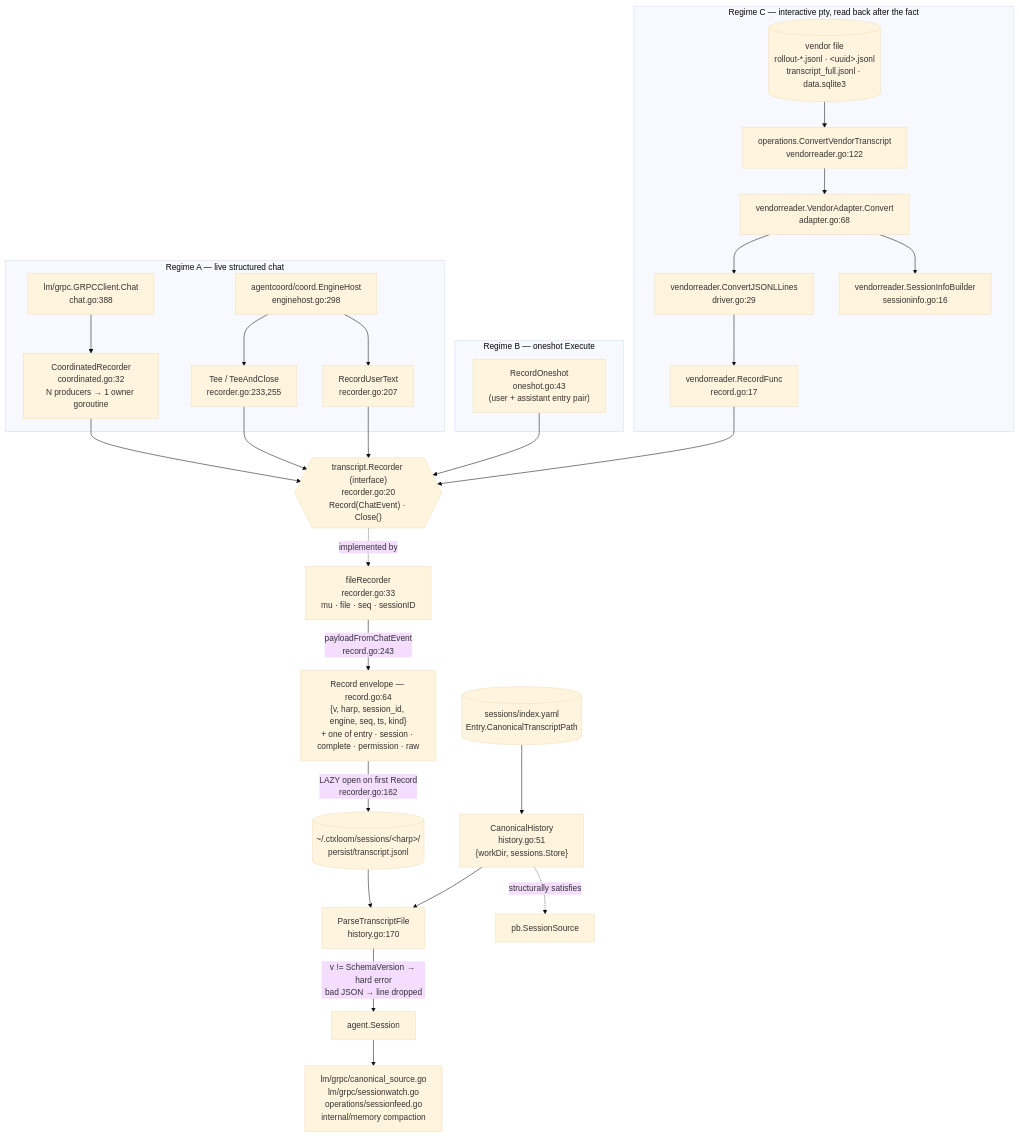
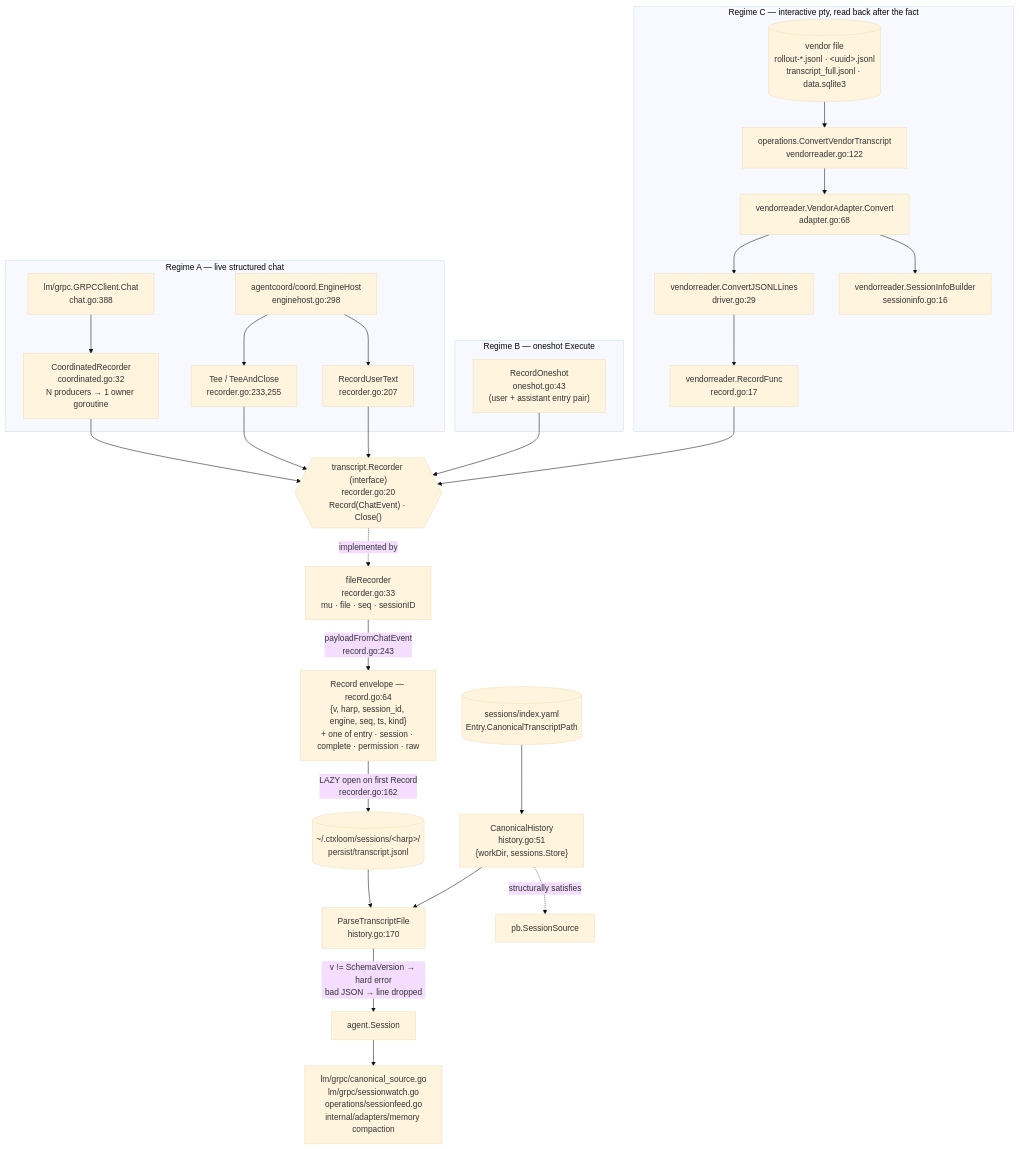
One commit to ctxloom/ctxloom changed the first of 2 diagrams in docs/architecture/companions/transcript.md. Above: the diagram before and after it, drawn with Mermaid (base theme). The commit also changed other lines of this file and 2489 other files, not shown here.

First line of the commit message:
refactor(arch): move the adapters ring into internal/adapters

````diff
--- a/docs/architecture/companions/transcript.md
+++ b/docs/architecture/companions/transcript.md
@@ -23,47 +23,47 @@
 ```mermaid
 flowchart TD
     subgraph live["Regime A — live structured chat"]
       GC["lm/grpc.GRPCClient.Chat<br/>chat.go:388"]
       EH["agentcoord/coord.EngineHost<br/>enginehost.go:298"]
       CR["CoordinatedRecorder<br/>coordinated.go:32<br/>N producers → 1 owner goroutine"]
       TEE["Tee / TeeAndClose<br/>recorder.go:233,255"]
       RUT["RecordUserText<br/>recorder.go:207"]
     end
 
     subgraph oneshot["Regime B — oneshot Execute"]
       RO["RecordOneshot<br/>oneshot.go:43<br/>(user + assistant entry pair)"]
     end
 
     subgraph vendor["Regime C — interactive pty, read back after the fact"]
       VF[("vendor file<br/>rollout-*.jsonl · &lt;uuid&gt;.jsonl<br/>transcript_full.jsonl · data.sqlite3")]
       CVT["operations.ConvertVendorTranscript<br/>vendorreader.go:122"]
       VA["vendorreader.VendorAdapter.Convert<br/>adapter.go:68"]
       DRV["vendorreader.ConvertJSONLLines<br/>driver.go:29"]
       SIB["vendorreader.SessionInfoBuilder<br/>sessioninfo.go:16"]
       RF["vendorreader.RecordFunc<br/>record.go:17"]
     end
 
     GC --> CR
     EH --> TEE
     EH --> RUT
     CR --> RECI
     TEE --> RECI
     RUT --> RECI
     RO --> RECI
     VF --> CVT --> VA --> DRV
     VA --> SIB
     DRV --> RF --> RECI
 
     RECI{{"transcript.Recorder (interface)<br/>recorder.go:20<br/>Record(ChatEvent) · Close()"}}
     RECI -.implemented by.-> FR["fileRecorder<br/>recorder.go:33<br/>mu · file · seq · sessionID"]
 
     FR -->|"payloadFromChatEvent<br/>record.go:243"| REC["Record envelope — record.go:64<br/>{v, harp, session_id, engine, seq, ts, kind}<br/>+ one of entry · session · complete · permission · raw"]
     REC -->|"LAZY open on first Record<br/>recorder.go:162"| DISK[("~/.ctxloom/sessions/&lt;harp&gt;/<br/>persist/transcript.jsonl")]
 
     DISK --> PTF["ParseTranscriptFile<br/>history.go:170"]
     PTF -->|"v != SchemaVersion → hard error<br/>bad JSON → line dropped"| SESS["agent.Session"]
     CH["CanonicalHistory<br/>history.go:51<br/>{workDir, sessions.Store}"] --> PTF
     CH -.structurally satisfies.-> PBS["pb.SessionSource"]
     IDX[("sessions/index.yaml<br/>Entry.CanonicalTranscriptPath")] --> CH
-    SESS --> CONS["lm/grpc/canonical_source.go<br/>lm/grpc/sessionwatch.go<br/>operations/sessionfeed.go<br/>internal/memory compaction"]
+    SESS --> CONS["lm/grpc/canonical_source.go<br/>lm/grpc/sessionwatch.go<br/>operations/sessionfeed.go<br/>internal/adapters/memory compaction"]
 ```
````
